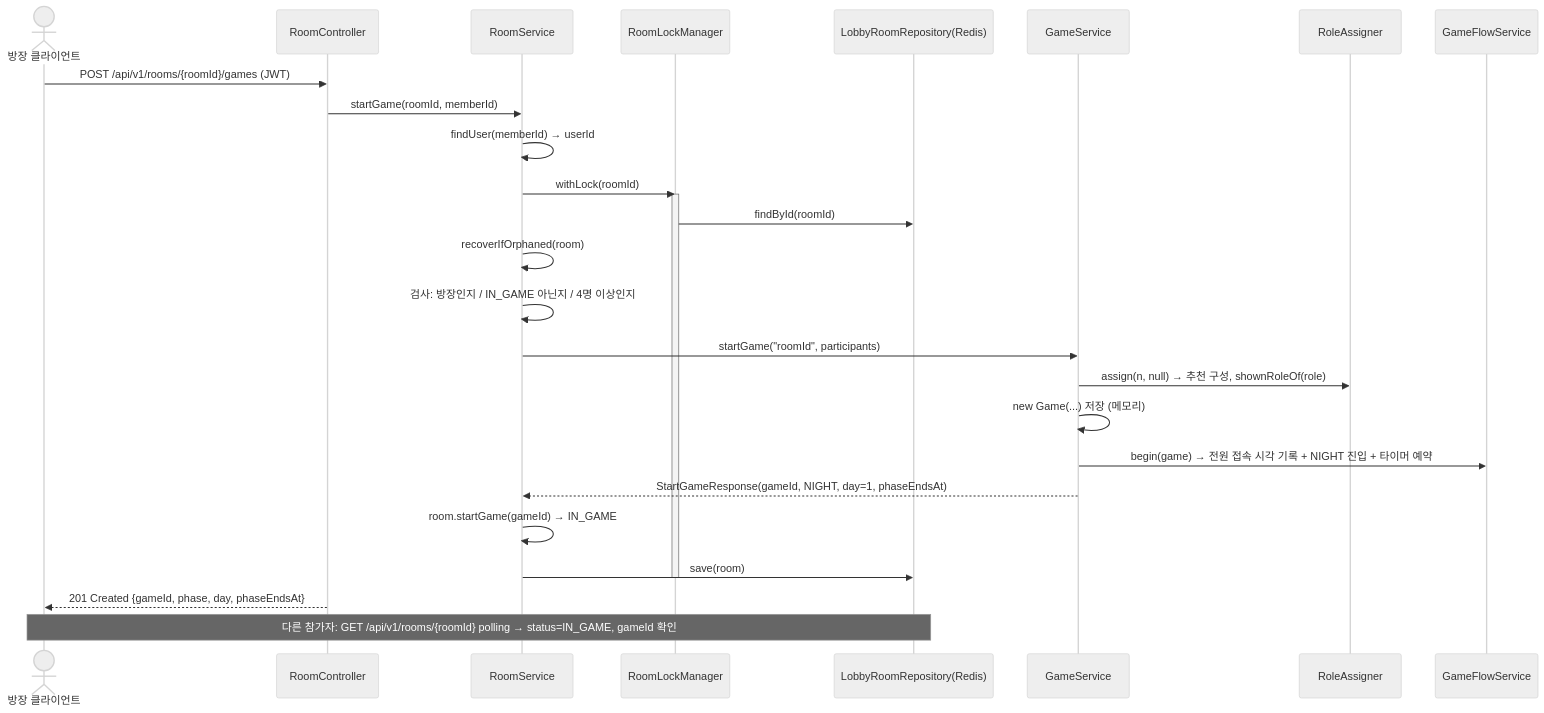
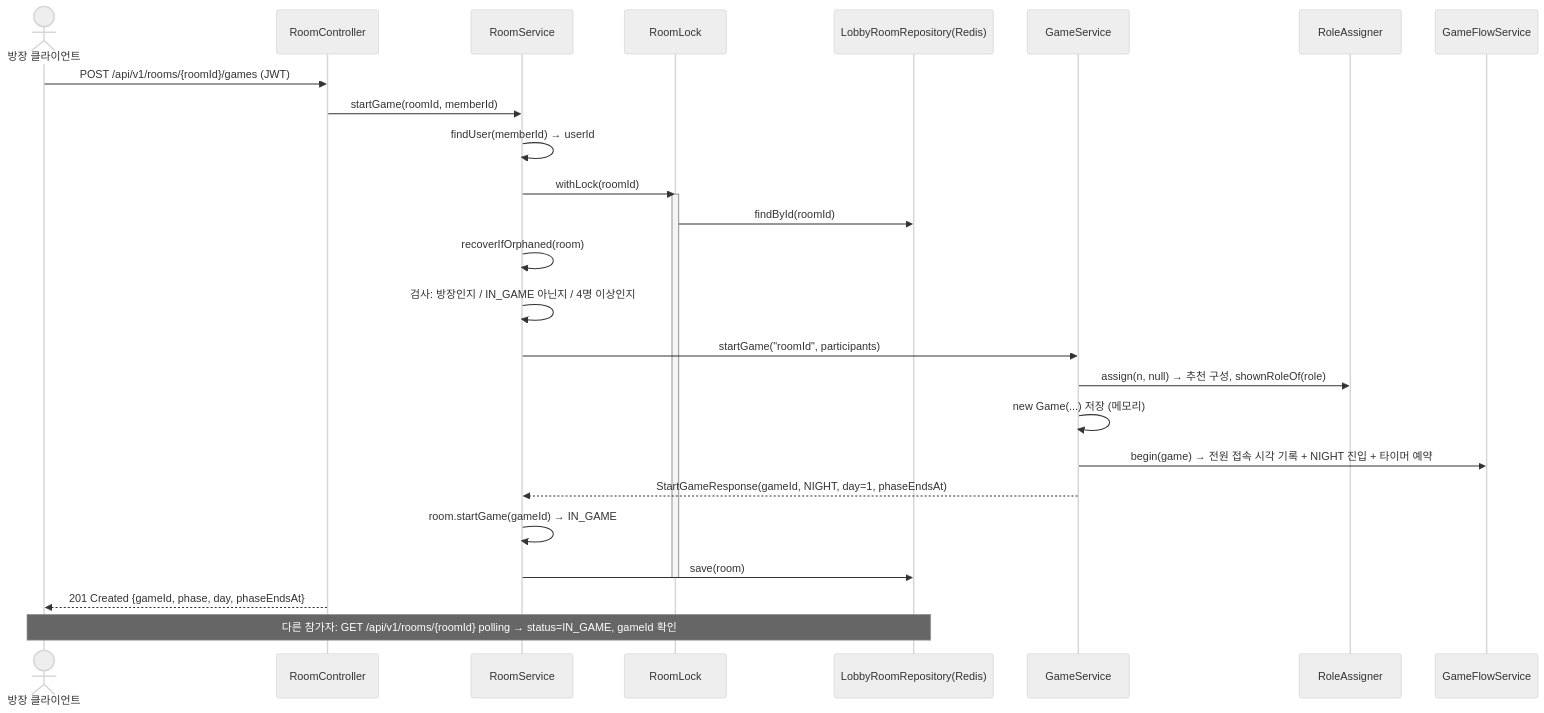
One commit to IamREALcitizen/project_server changed the diagram in Claude outputs/01_게임시작_로비연동.md. Above: the diagram before and after it, drawn with Mermaid (neutral theme). The commit also changed other lines of this file and 11 other files, not shown here.

````diff
--- a/Claude outputs/01_게임시작_로비연동.md
+++ b/Claude outputs/01_게임시작_로비연동.md
@@ -31,31 +31,31 @@
 ```mermaid
 sequenceDiagram
     actor Host as 방장 클라이언트
     participant RC as RoomController
     participant RS as RoomService
-    participant Lock as RoomLockManager
+    participant Lock as RoomLock
     participant Redis as LobbyRoomRepository(Redis)
     participant GS as GameService
     participant RA as RoleAssigner
     participant GF as GameFlowService
 
     Host->>RC: POST /api/v1/rooms/{roomId}/games (JWT)
     RC->>RS: startGame(roomId, memberId)
     RS->>RS: findUser(memberId) → userId
     RS->>Lock: withLock(roomId)
     activate Lock
     Lock->>Redis: findById(roomId)
     RS->>RS: recoverIfOrphaned(room)
     RS->>RS: 검사: 방장인지 / IN_GAME 아닌지 / 4명 이상인지
     RS->>GS: startGame("roomId", participants)
     GS->>RA: assign(n, null) → 추천 구성, shownRoleOf(role)
     GS->>GS: new Game(...) 저장 (메모리)
     GS->>GF: begin(game) → 전원 접속 시각 기록 + NIGHT 진입 + 타이머 예약
     GS-->>RS: StartGameResponse(gameId, NIGHT, day=1, phaseEndsAt)
     RS->>RS: room.startGame(gameId) → IN_GAME
     RS->>Redis: save(room)
     deactivate Lock
     RC-->>Host: 201 Created {gameId, phase, day, phaseEndsAt}
 
     Note over Host,Redis: 다른 참가자: GET /api/v1/rooms/{roomId} polling → status=IN_GAME, gameId 확인
 ```
````
